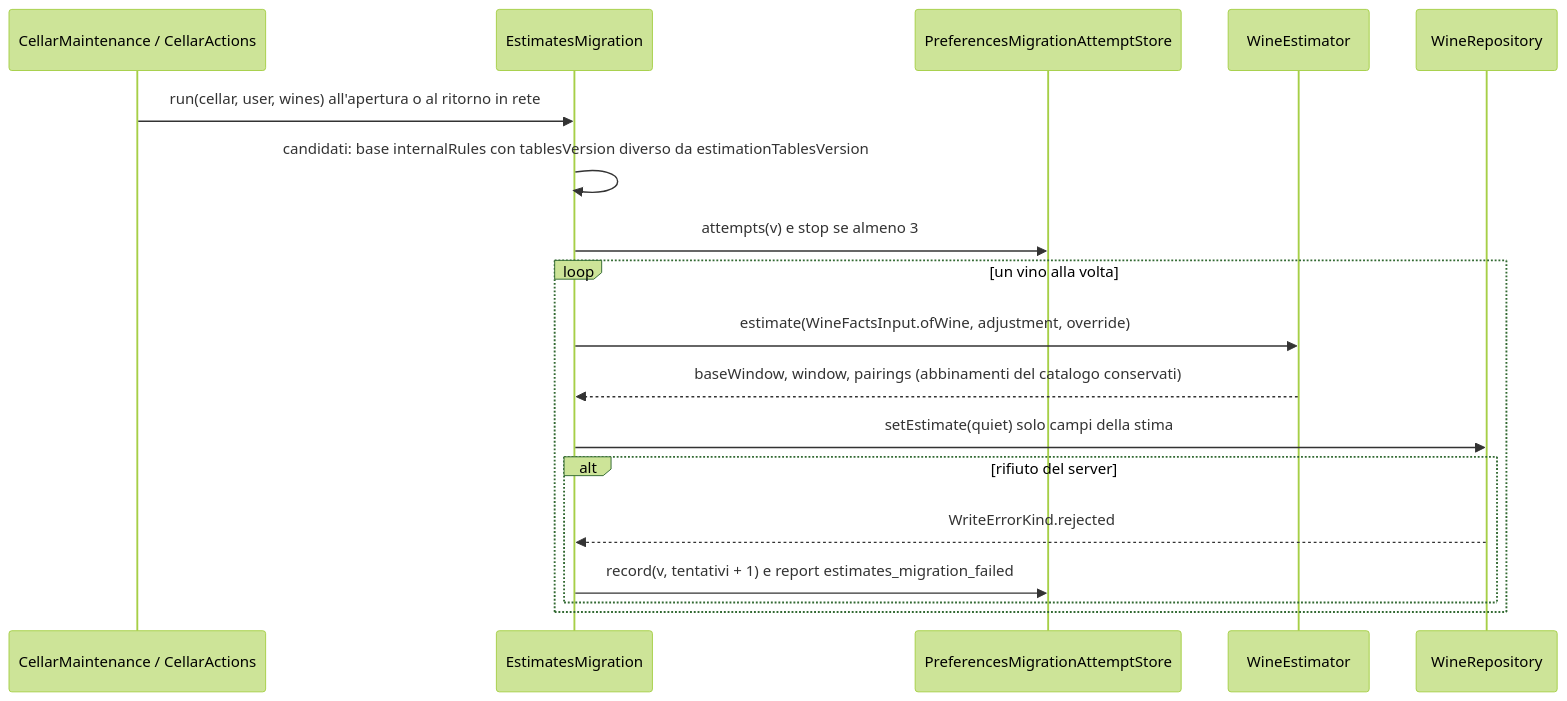
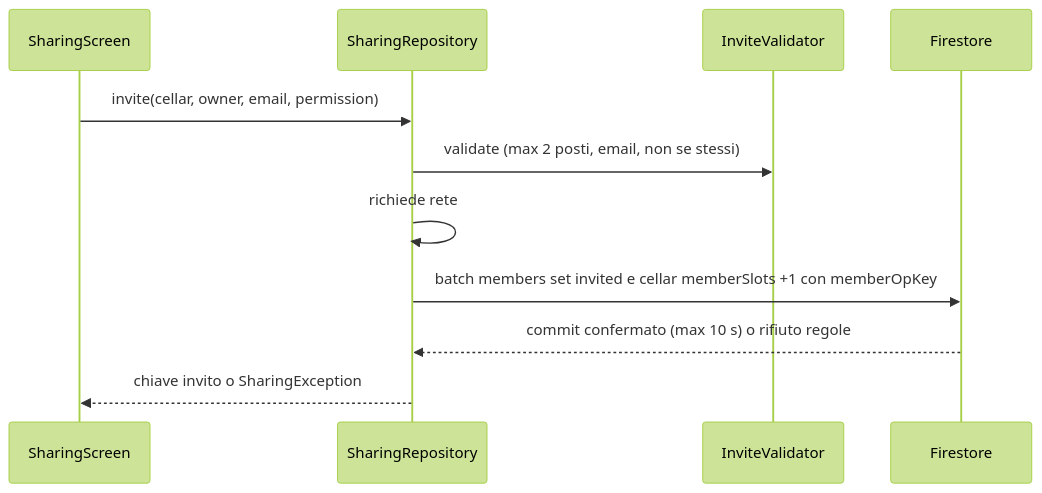
One commit to brunobottazzini/Vinoozy changed the fifth of 5 diagrams in aidlc/spaces/default/codekb/Vinoozy/architecture.md. Above: the diagram before and after it, drawn with Mermaid (forest theme). The commit also changed other lines of this file and 192 other files, not shown here.

````diff
--- a/aidlc/spaces/default/codekb/Vinoozy/architecture.md
+++ b/aidlc/spaces/default/codekb/Vinoozy/architecture.md
@@ -444,20 +220,13 @@
 ```mermaid
 sequenceDiagram
-  participant M as CellarMaintenance / CellarActions
-  participant EM as EstimatesMigration
-  participant S as PreferencesMigrationAttemptStore
-  participant WE as WineEstimator
-  participant WR as WineRepository
-  M->>EM: run(cellar, user, wines) all'apertura o al ritorno in rete
-  EM->>EM: candidati: base internalRules con tablesVersion diverso da estimationTablesVersion
-  EM->>S: attempts(v) e stop se almeno 3
-  loop un vino alla volta
-    EM->>WE: estimate(WineFactsInput.ofWine, adjustment, override)
-    WE-->>EM: baseWindow, window, pairings (abbinamenti del catalogo conservati)
-    EM->>WR: setEstimate(quiet) solo campi della stima
-    alt rifiuto del server
-      WR-->>EM: WriteErrorKind.rejected
-      EM->>S: record(v, tentativi + 1) e report estimates_migration_failed
-    end
-  end
+  participant UI as SharingScreen
+  participant SR as SharingRepository
+  participant V as InviteValidator
+  participant F as Firestore
+  UI->>SR: invite(cellar, owner, email, permission)
+  SR->>V: validate (max 2 posti, email, non se stessi)
+  SR->>SR: richiede rete
+  SR->>F: batch members set invited e cellar memberSlots +1 con memberOpKey
+  F-->>SR: commit confermato (max 10 s) o rifiuto regole
+  SR-->>UI: chiave invito o SharingException
 ```
````
